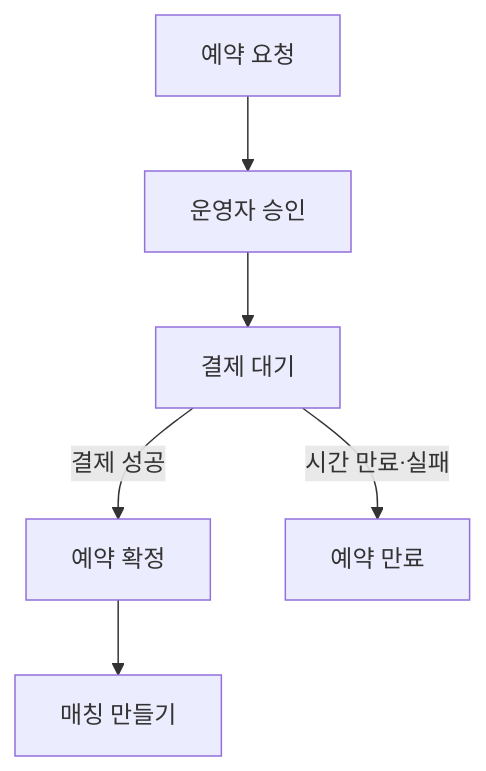
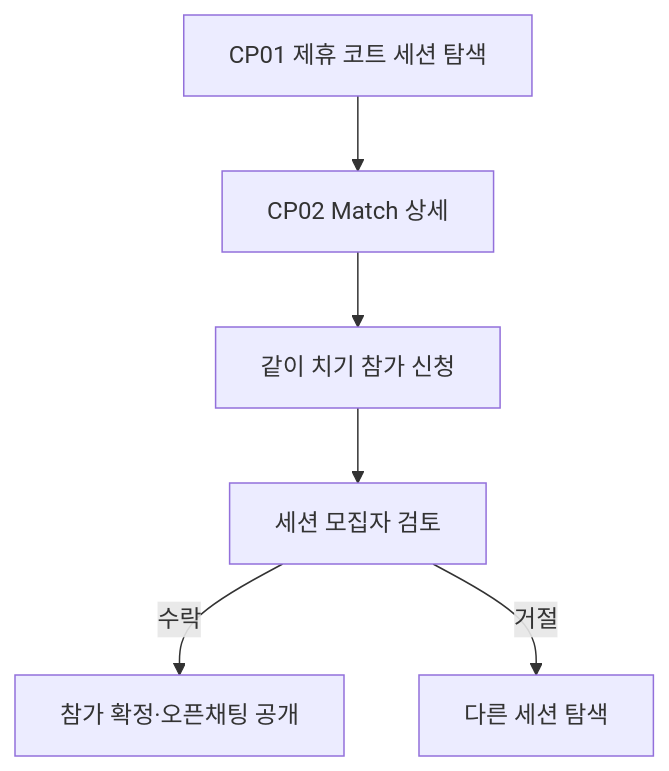
One commit to jsl0319/tennis-mate changed the third of 3 diagrams in docs/03-1-court-partner-screen-spec.md. Above: the diagram before and after it, drawn with Mermaid. The commit also changed other lines of this file and 26 other files, not shown here.

````diff
--- a/docs/03-1-court-partner-screen-spec.md
+++ b/docs/03-1-court-partner-screen-spec.md
@@ -185,8 +161,8 @@
 ```mermaid
 flowchart TD
-    A["예약 요청"] --> B["운영자 승인"]
-    B --> C["결제 대기"]
-    C -->|결제 성공| D["예약 확정"]
-    C -->|시간 만료·실패| E["예약 만료"]
-    D --> F["매칭 만들기"]
+    A["CP01 제휴 코트 세션 탐색"] --> B["CP02 Match 상세"]
+    B --> C["같이 치기 참가 신청"]
+    C --> D["세션 모집자 검토"]
+    D -->|수락| E["참가 확정·오픈채팅 공개"]
+    D -->|거절| F["다른 세션 탐색"]
 ```
````
